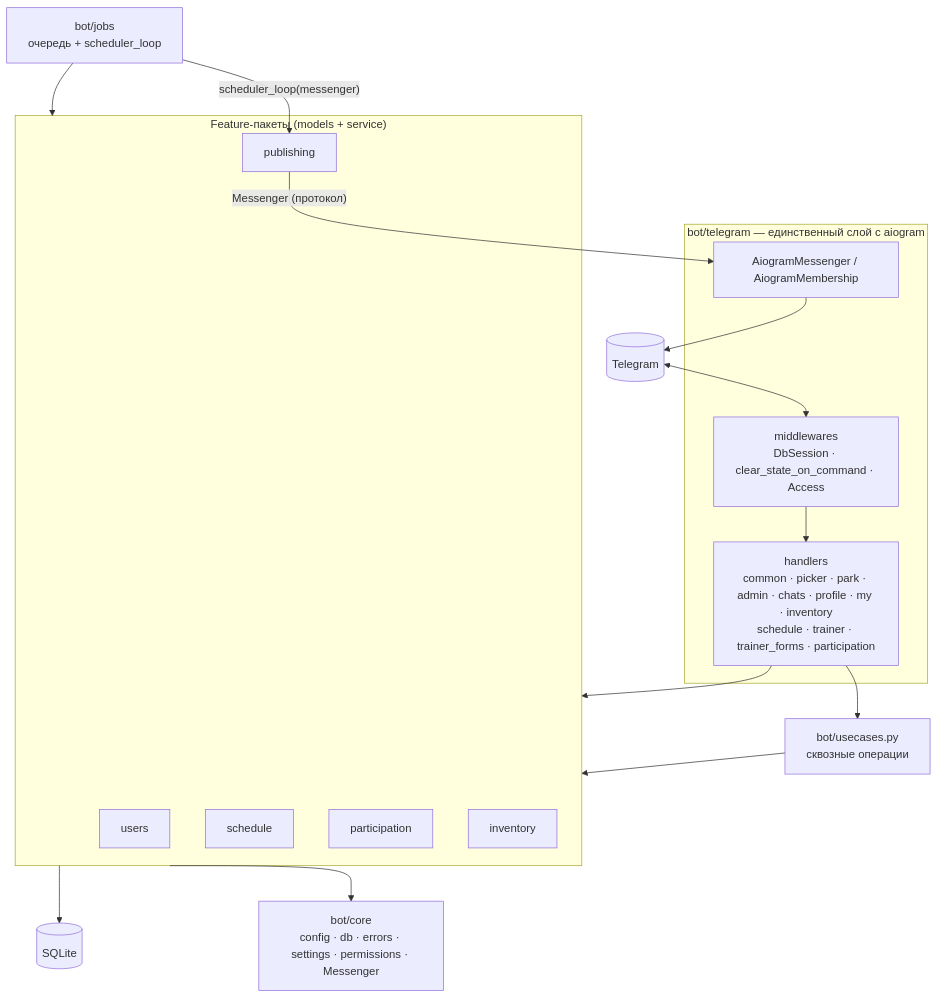
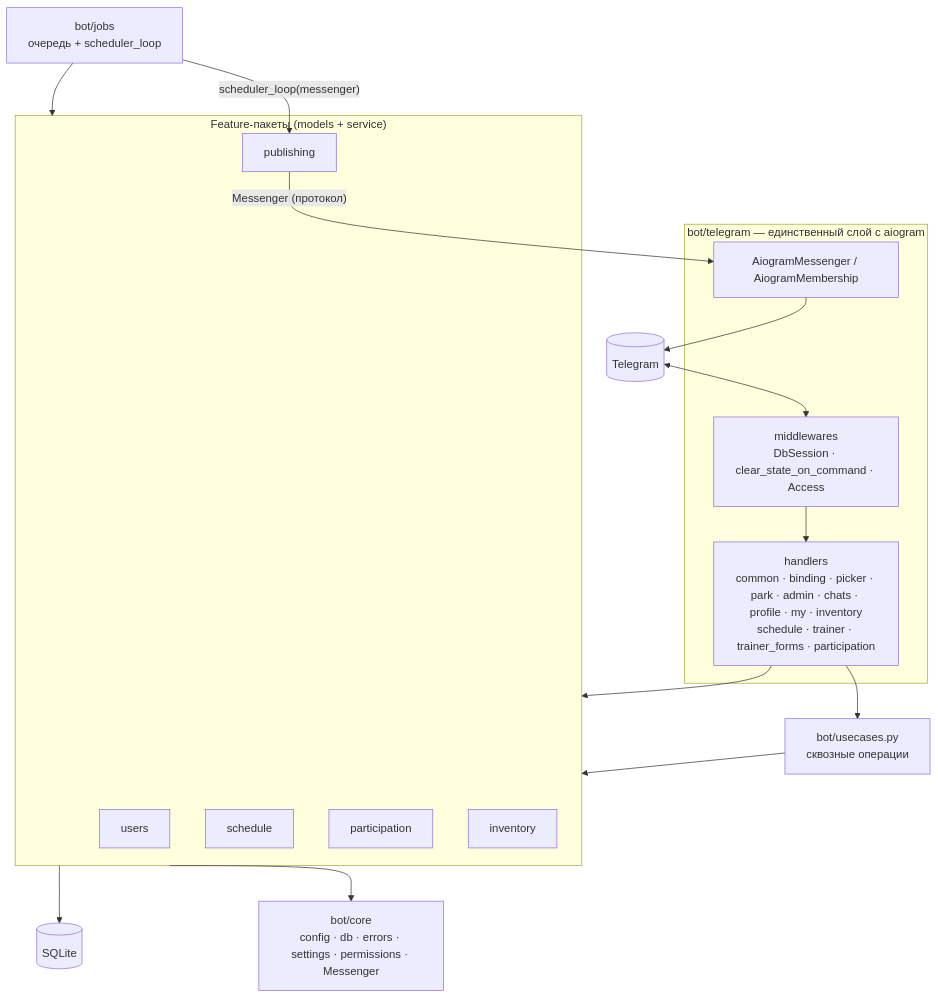
Before and after one commit to ikonovalov/coachs-shadow: the first of 3 diagrams in ARCHITECTURE.md, drawn with Mermaid. The commit also changed 1 other file, not shown here.

Commit message:
docs: README menu tree with /start root, binding router in architecture diagram

````diff
--- a/ARCHITECTURE.md
+++ b/ARCHITECTURE.md
@@ -27,29 +27,29 @@
 ```mermaid
 flowchart TB
     TG[(Telegram)]
     subgraph TL["bot/telegram — единственный слой с aiogram"]
         MW["middlewares<br/>DbSession · clear_state_on_command · Access"]
-        H["handlers<br/>common · picker · park · admin · chats · profile · my · inventory<br/>schedule · trainer · trainer_forms · participation"]
+        H["handlers<br/>common · binding · picker · park · admin · chats · profile · my · inventory<br/>schedule · trainer · trainer_forms · participation"]
         AM["AiogramMessenger / AiogramMembership"]
     end
     UC["bot/usecases.py<br/>сквозные операции"]
     subgraph FEAT["Feature-пакеты (models + service)"]
         U[users]
         S[schedule]
         P[participation]
         PB[publishing]
         INV[inventory]
     end
     J["bot/jobs<br/>очередь + scheduler_loop"]
     CORE["bot/core<br/>config · db · errors · settings · permissions · Messenger"]
     DB[(SQLite)]
 
     TG <--> MW --> H --> UC
     H --> FEAT
     UC --> FEAT
     J --> FEAT
     FEAT --> CORE
     FEAT --> DB
     PB -- "Messenger (протокол)" --> AM --> TG
     J -- "scheduler_loop(messenger)" --> PB
 ```
````
